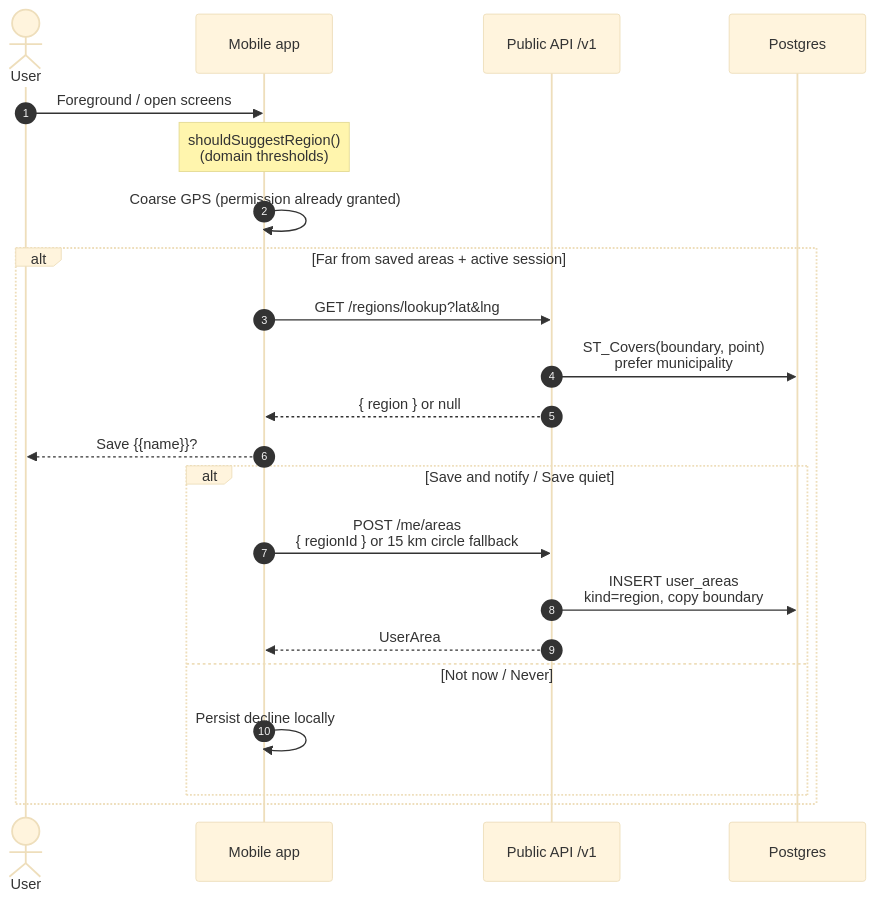
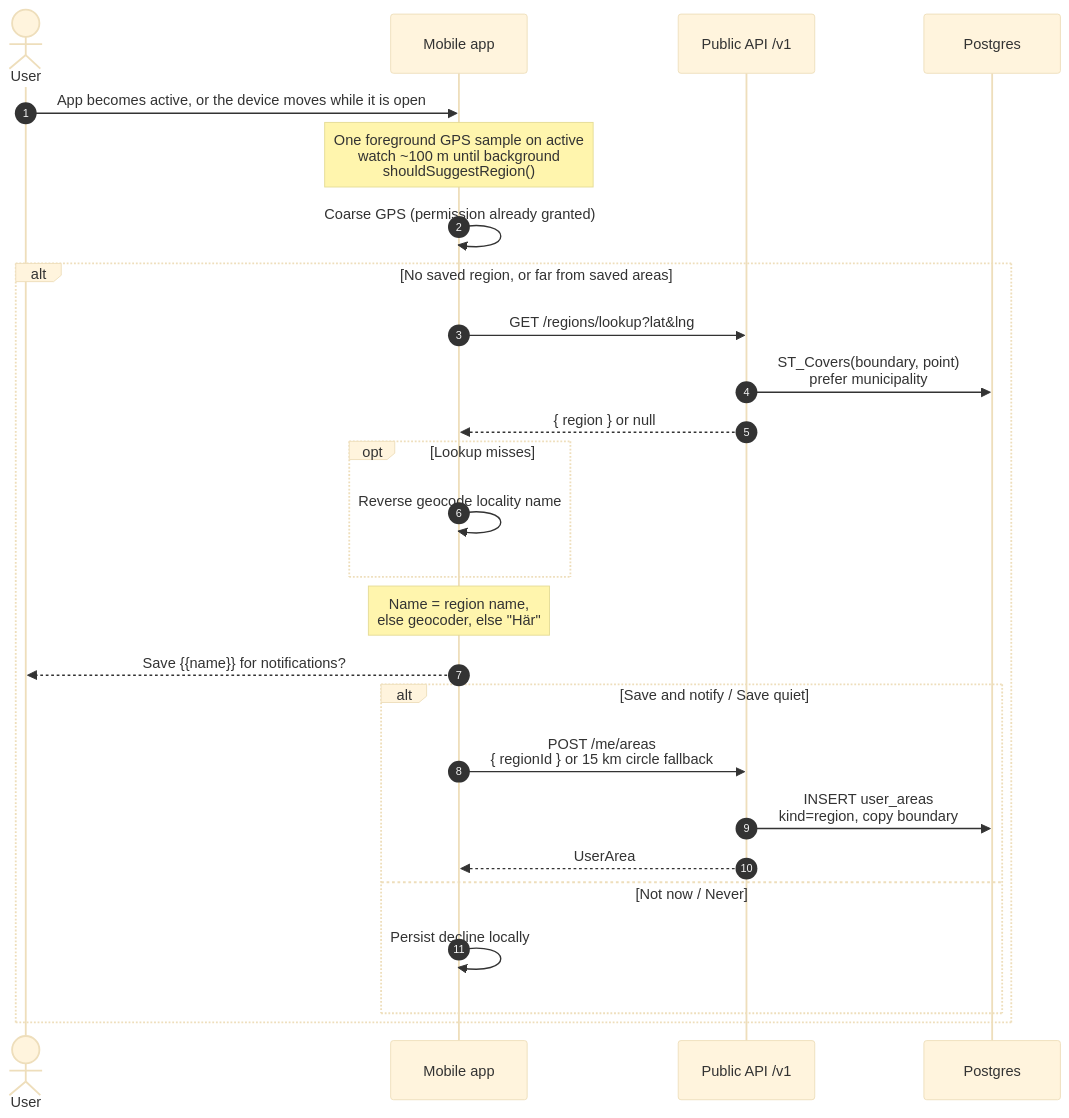
One commit to BradleySmallbottoms/evently changed the diagram in docs/flows/region-suggestions.md. Above: the diagram before and after it, drawn with Mermaid (base theme). The commit also changed other lines of this file and 99 other files, not shown here.

````diff
--- a/docs/flows/region-suggestions.md
+++ b/docs/flows/region-suggestions.md
@@ -9,25 +9,29 @@
 ```mermaid
 sequenceDiagram
   autonumber
   actor User
   participant Mobile as Mobile app
   participant API as Public API /v1
   participant DB as Postgres
 
-  User->>Mobile: Foreground / open screens
-  Note over Mobile: shouldSuggestRegion()<br/>(domain thresholds)
+  User->>Mobile: App becomes active, or the device moves while it is open
+  Note over Mobile: One foreground GPS sample on active<br/>watch ~100 m until background<br/>shouldSuggestRegion()
   Mobile->>Mobile: Coarse GPS (permission already granted)
-  alt Far from saved areas + active session
+  alt No saved region, or far from saved areas
     Mobile->>API: GET /regions/lookup?lat&lng
     API->>DB: ST_Covers(boundary, point)<br/>prefer municipality
     API-->>Mobile: { region } or null
-    Mobile-->>User: Save {{name}}?
+    opt Lookup misses
+      Mobile->>Mobile: Reverse geocode locality name
+    end
+    Note over Mobile: Name = region name,<br/>else geocoder, else "Här"
+    Mobile-->>User: Save {{name}} for notifications?
     alt Save and notify / Save quiet
       Mobile->>API: POST /me/areas<br/>{ regionId } or 15 km circle fallback
       API->>DB: INSERT user_areas<br/>kind=region, copy boundary
       API-->>Mobile: UserArea
     else Not now / Never
       Mobile->>Mobile: Persist decline locally
     end
   end
 ```
````
